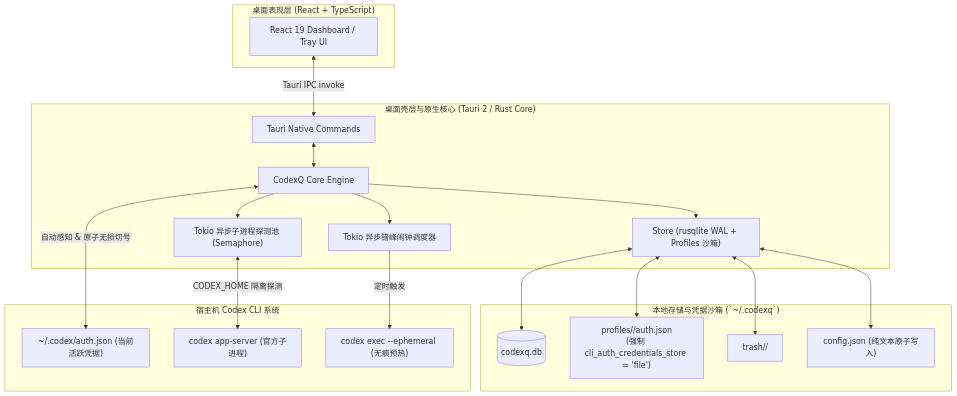
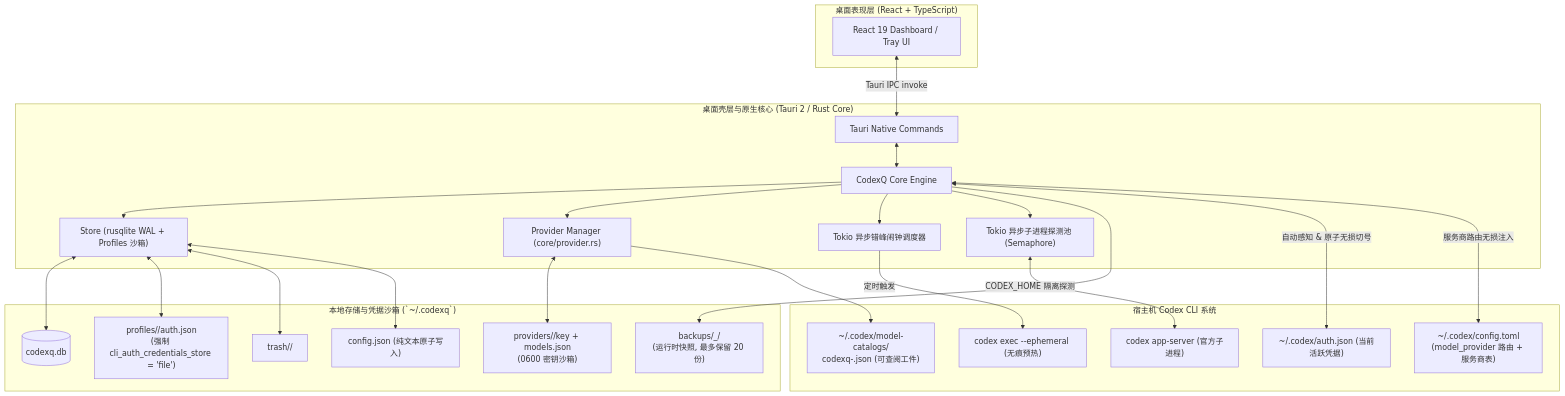
The diagram in docs/architecture.md (marsyule/codexq), drawn with Mermaid before and after one commit. The commit also changed other lines of this file and 28 other files, not shown here.

````diff
--- a/docs/architecture.md
+++ b/docs/architecture.md
@@ -11,40 +11,50 @@
 ```mermaid
 flowchart TD
     subgraph UI["桌面表现层 (React + TypeScript)"]
         ReactApp["React 19 Dashboard / Tray UI"]
     end
 
     subgraph DesktopHost["桌面壳层与原生核心 (Tauri 2 / Rust Core)"]
         TauriCmd["Tauri Native Commands"]
         RustCore["CodexQ Core Engine"]
+        ProviderMgr["Provider Manager (core/provider.rs)"]
         Store["Store (rusqlite WAL + Profiles 沙箱)"]
         Scheduler["Tokio 异步错峰闹钟调度器"]
         Probe["Tokio 异步子进程探测池 (Semaphore)"]
     end
 
     subgraph FileSystem["本地存储与凭据沙箱 (`~/.codexq`)"]
         DB[(codexq.db)]
         Profiles["profiles/<profile-id>/auth.json\n(强制 cli_auth_credentials_store = 'file')"]
+        ProviderSecrets["providers/<id>/key + models.json\n(0600 密钥沙箱)"]
+        Backups["backups/<ts>_<reason>/\n(运行时快照, 最多保留 20 份)"]
         Trash["trash/<profile-id>/"]
         ConfigJson["config.json (纯文本原子写入)"]
     end
 
     subgraph CodexSubsystem["宿主机 Codex CLI 系统"]
         CodexAuth["~/.codex/auth.json (当前活跃凭据)"]
+        CodexConfig["~/.codex/config.toml\n(model_provider 路由 + 服务商表)"]
+        ModelCatalogs["~/.codex/model-catalogs/\ncodexq-<id>.json (可查阅工件)"]
         AppServer["codex app-server (官方子进程)"]
         CodexExec["codex exec --ephemeral (无痕预热)"]
     end
 
     ReactApp <-->|Tauri IPC invoke| TauriCmd
     TauriCmd <--> RustCore
     RustCore --> Store
+    RustCore --> ProviderMgr
     RustCore --> Scheduler
     RustCore --> Probe
     Store <--> DB
     Store <--> Profiles
     Store <--> Trash
     Store <--> ConfigJson
+    ProviderMgr <--> ProviderSecrets
+    ProviderMgr --> ModelCatalogs
+    RustCore --> Backups
     RustCore <-->|自动感知 & 原子无损切号| CodexAuth
+    RustCore <-->|服务商路由无损注入| CodexConfig
     Probe <-->|CODEX_HOME 隔离探测| AppServer
     Scheduler -->|定时触发| CodexExec
 ```
````
